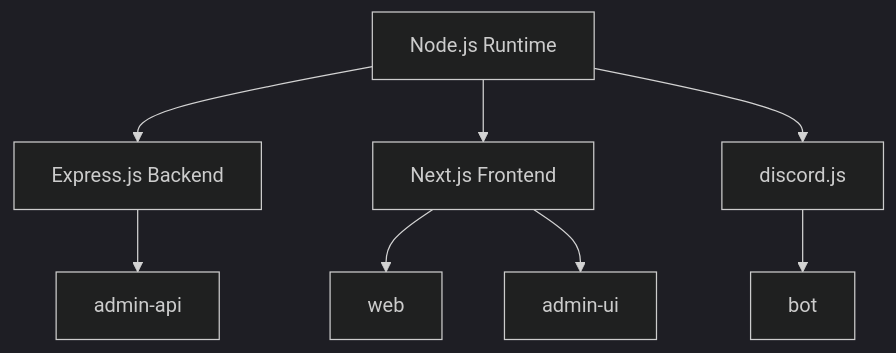
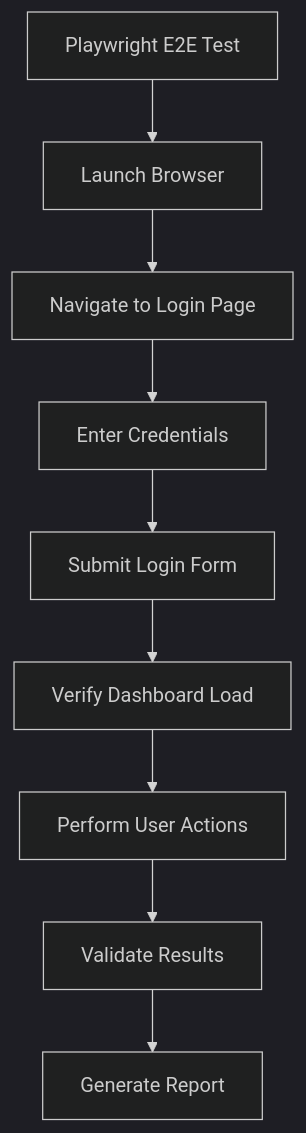
The first of 3 diagrams in .qoder/repowiki/en/content/Technology Stack.md (GurthBro0ks/slimy-monorepo), drawn with Mermaid (dark theme) before and after one commit. The commit also changed other lines of this file and 87 other files, not shown here.

First line of the commit message:
docs(api): add comprehensive API endpoints documentation for admin-api service

````diff
--- a/.qoder/repowiki/en/content/Technology Stack.md
+++ b/.qoder/repowiki/en/content/Technology Stack.md
@@ -56,10 +195,11 @@
 ```mermaid
-graph TD
-A[Node.js Runtime] --> B[Express.js Backend]
-A --> C[Next.js Frontend]
-B --> D[admin-api]
-C --> E[web]
-C --> F[admin-ui]
-G[discord.js] --> H[bot]
-A --> G
+flowchart TD
+A[Playwright E2E Test] --> B[Launch Browser]
+B --> C[Navigate to Login Page]
+C --> D[Enter Credentials]
+D --> E[Submit Login Form]
+E --> F[Verify Dashboard Load]
+F --> G[Perform User Actions]
+G --> H[Validate Results]
+H --> I[Generate Report]
 ```
````
